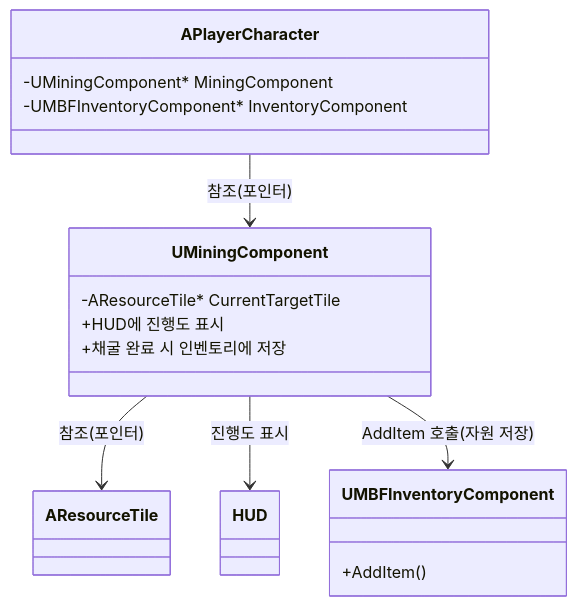
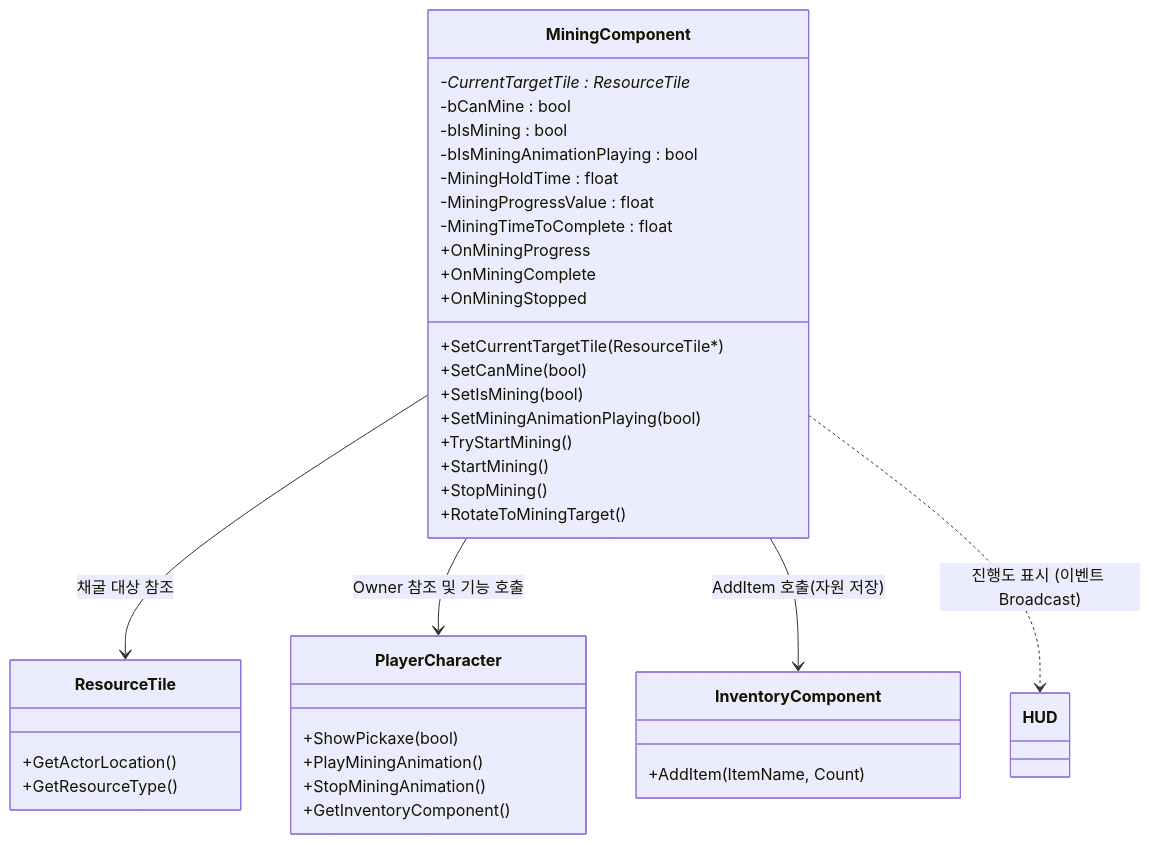
The first of 3 diagrams in README.md (WJMcode/MBFactorio), drawn with Mermaid before and after one commit.

````diff
--- a/README.md
+++ b/README.md
@@ -1,22 +1,44 @@
 ```mermaid
 classDiagram
-    class APlayerCharacter {
-        -UMiningComponent* MiningComponent
-        -UMBFInventoryComponent* InventoryComponent
-    }
-    class UMiningComponent {
-        -AResourceTile* CurrentTargetTile
-        +HUD에 진행도 표시
-        +채굴 완료 시 인벤토리에 저장
-    }
-    class AResourceTile
-    class UMBFInventoryComponent {
-        +AddItem()
-    }
-    class HUD
+class MiningComponent {
+    -CurrentTargetTile : ResourceTile*
+    -bCanMine : bool
+    -bIsMining : bool
+    -bIsMiningAnimationPlaying : bool
+    -MiningHoldTime : float
+    -MiningProgressValue : float
+    -MiningTimeToComplete : float
+    +SetCurrentTargetTile(ResourceTile*)
+    +SetCanMine(bool)
+    +SetIsMining(bool)
+    +SetMiningAnimationPlaying(bool)
+    +TryStartMining()
+    +StartMining()
+    +StopMining()
+    +RotateToMiningTarget()
+    +OnMiningProgress
+    +OnMiningComplete
+    +OnMiningStopped
+}
 
-    APlayerCharacter --> UMiningComponent : 참조(포인터)
-    UMiningComponent --> AResourceTile : 참조(포인터)
-    UMiningComponent --> HUD : 진행도 표시
-    UMiningComponent --> UMBFInventoryComponent : AddItem 호출(자원 저장)
+class ResourceTile {
+    +GetActorLocation()
+    +GetResourceType()
+}
+
+class PlayerCharacter {
+    +ShowPickaxe(bool)
+    +PlayMiningAnimation()
+    +StopMiningAnimation()
+    +GetInventoryComponent()
+}
+
+class InventoryComponent {
+    +AddItem(ItemName, Count)
+}
+
+MiningComponent --> ResourceTile : 채굴 대상 참조
+MiningComponent --> PlayerCharacter : Owner 참조 및 기능 호출
+MiningComponent --> InventoryComponent : AddItem 호출(자원 저장)
+MiningComponent ..> HUD : 진행도 표시 (이벤트 Broadcast)
 ```
````
